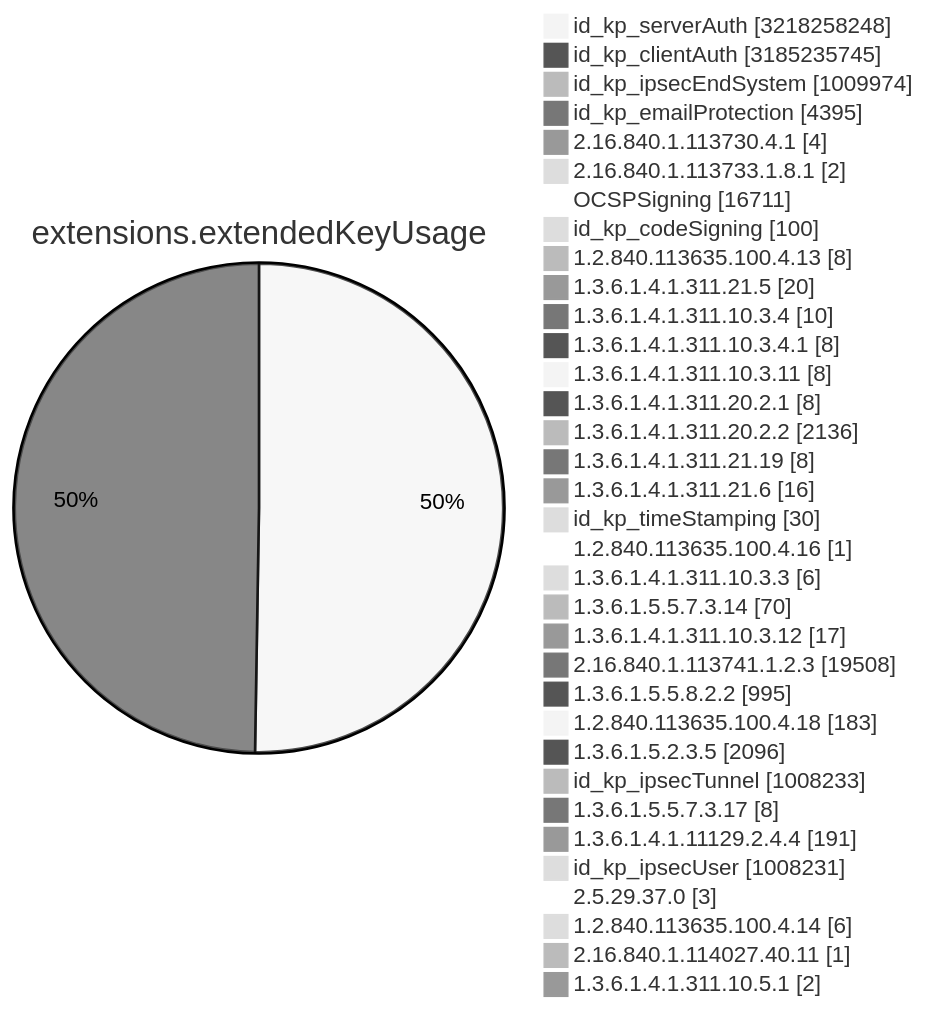
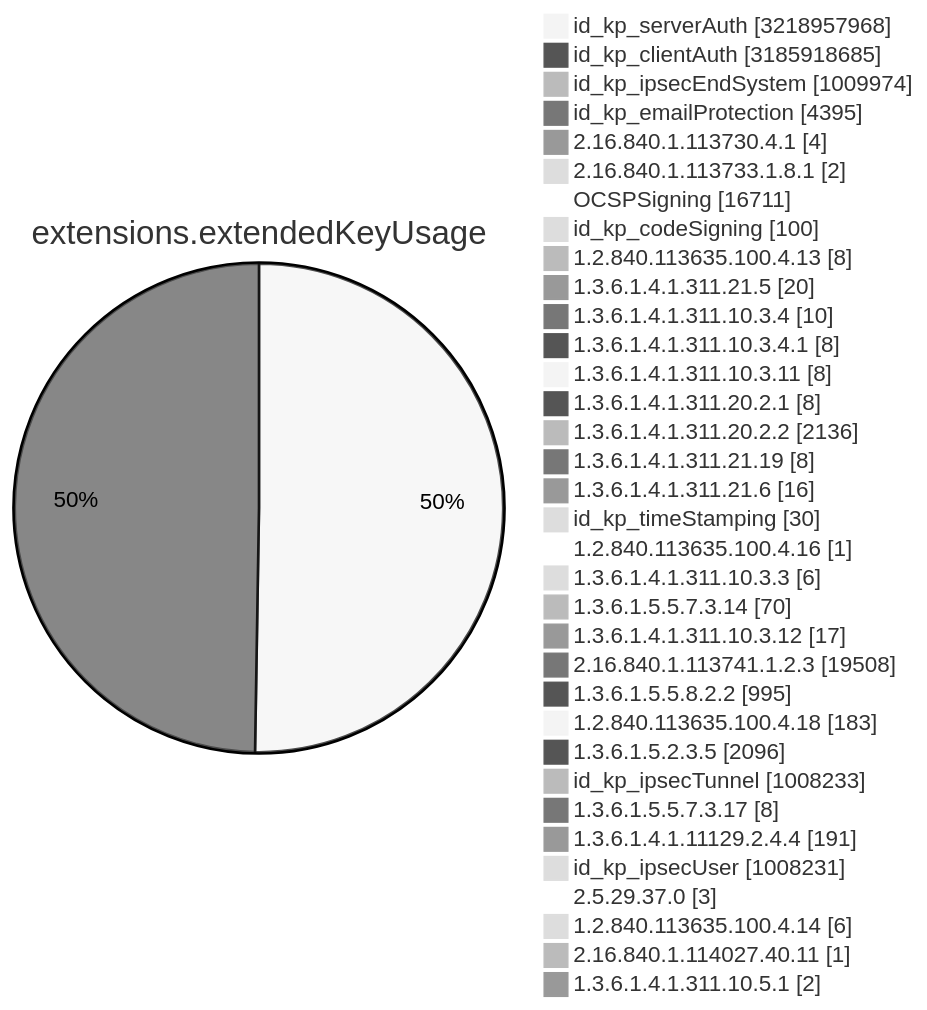
One commit to christiankrug/ctmonitor_visualization changed diagram 11 of 15 in TOTAL/README.md. Above: the diagram before and after it, drawn with Mermaid (neutral theme). The commit also changed other lines of this file, not shown here.

````diff
--- a/TOTAL/README.md
+++ b/TOTAL/README.md
@@ -4119,38 +4119,38 @@
 ```mermaid
 pie showData
 title extensions.extendedKeyUsage
-"id_kp_serverAuth" :3218258248
-"id_kp_clientAuth" :3185235745
+"id_kp_serverAuth" :3218957968
+"id_kp_clientAuth" :3185918685
 "id_kp_ipsecEndSystem" :1009974
 "id_kp_emailProtection" :4395
 "2.16.840.1.113730.4.1" :4
 "2.16.840.1.113733.1.8.1" :2
 "OCSPSigning" :16711
 "id_kp_codeSigning" :100
 "1.2.840.113635.100.4.13" :8
 "1.3.6.1.4.1.311.21.5" :20
 "1.3.6.1.4.1.311.10.3.4" :10
 "1.3.6.1.4.1.311.10.3.4.1" :8
 "1.3.6.1.4.1.311.10.3.11" :8
 "1.3.6.1.4.1.311.20.2.1" :8
 "1.3.6.1.4.1.311.20.2.2" :2136
 "1.3.6.1.4.1.311.21.19" :8
 "1.3.6.1.4.1.311.21.6" :16
 "id_kp_timeStamping" :30
 "1.2.840.113635.100.4.16" :1
 "1.3.6.1.4.1.311.10.3.3" :6
 "1.3.6.1.5.5.7.3.14" :70
 "1.3.6.1.4.1.311.10.3.12" :17
 "2.16.840.1.113741.1.2.3" :19508
 "1.3.6.1.5.5.8.2.2" :995
 "1.2.840.113635.100.4.18" :183
 "1.3.6.1.5.2.3.5" :2096
 "id_kp_ipsecTunnel" :1008233
 "1.3.6.1.5.5.7.3.17" :8
 "1.3.6.1.4.1.11129.2.4.4" :191
 "id_kp_ipsecUser" :1008231
 "2.5.29.37.0" :3
 "1.2.840.113635.100.4.14" :6
 "2.16.840.1.114027.40.11" :1
 "1.3.6.1.4.1.311.10.5.1" :2
 ```
````
